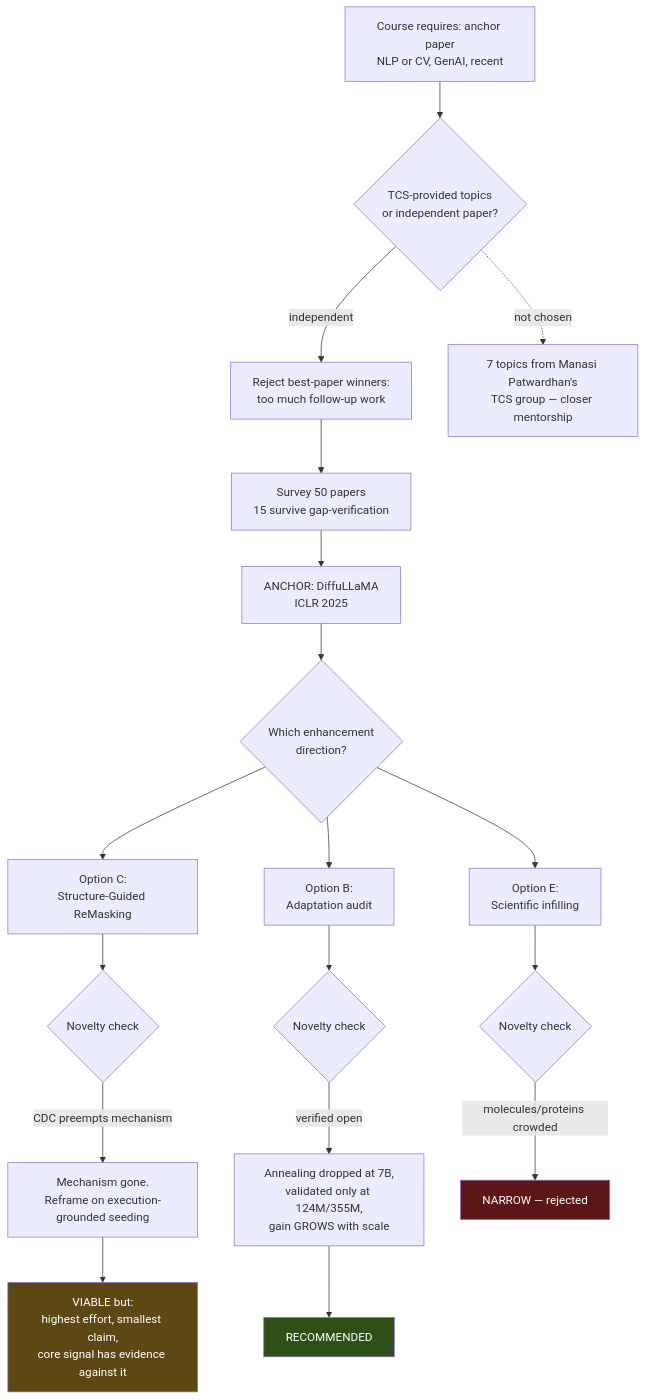
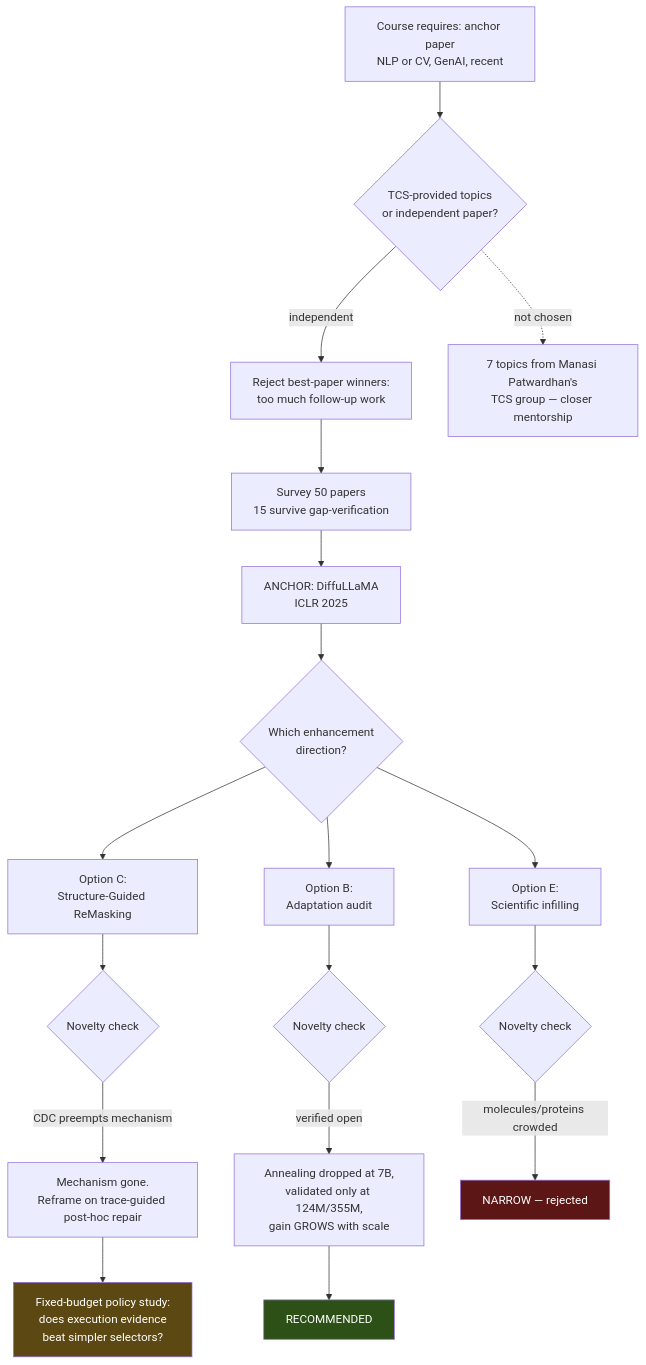
Before and after one commit to jarjlol/diffullama: the first of 5 diagrams in project-docs/07-decision-tree.md, drawn with Mermaid. The commit also changed other lines of this file and 7 other files, not shown here.

Commit message:
docs(project): add trace-guided repair proposal

````diff
--- a/project-docs/07-decision-tree.md
+++ b/project-docs/07-decision-tree.md
@@ -10,28 +10,28 @@
 ```mermaid
 flowchart TD
     A[Course requires: anchor paper<br/>NLP or CV, GenAI, recent] --> B{TCS-provided topics<br/>or independent paper?}
     B -->|independent| C[Reject best-paper winners:<br/>too much follow-up work]
     B -.->|not chosen| B2[7 topics from Manasi Patwardhan's<br/>TCS group — closer mentorship]
     C --> D[Survey 50 papers<br/>15 survive gap-verification]
     D --> E[ANCHOR: DiffuLLaMA<br/>ICLR 2025]
     E --> F{Which enhancement<br/>direction?}
 
     F --> G[Option C:<br/>Structure-Guided ReMasking]
     F --> H[Option B:<br/>Adaptation audit]
     F --> I[Option E:<br/>Scientific infilling]
 
     G --> G1{Novelty check}
-    G1 -->|CDC preempts mechanism| G2[Mechanism gone.<br/>Reframe on execution-grounded seeding]
-    G2 --> G3[VIABLE but:<br/>highest effort, smallest claim,<br/>core signal has evidence against it]
+    G1 -->|CDC preempts mechanism| G2[Mechanism gone.<br/>Reframe on trace-guided post-hoc repair]
+    G2 --> G3[Fixed-budget policy study:<br/>does execution evidence<br/>beat simpler selectors?]
 
     H --> H1{Novelty check}
     H1 -->|verified open| H2[Annealing dropped at 7B,<br/>validated only at 124M/355M,<br/>gain GROWS with scale]
     H2 --> H3[RECOMMENDED]
 
     I --> I1{Novelty check}
     I1 -->|molecules/proteins crowded| I2[NARROW — rejected]
 
     style H3 fill:#2d5016,color:#fff
     style G3 fill:#5c4813,color:#fff
     style I2 fill:#5c1616,color:#fff
 ```
````
